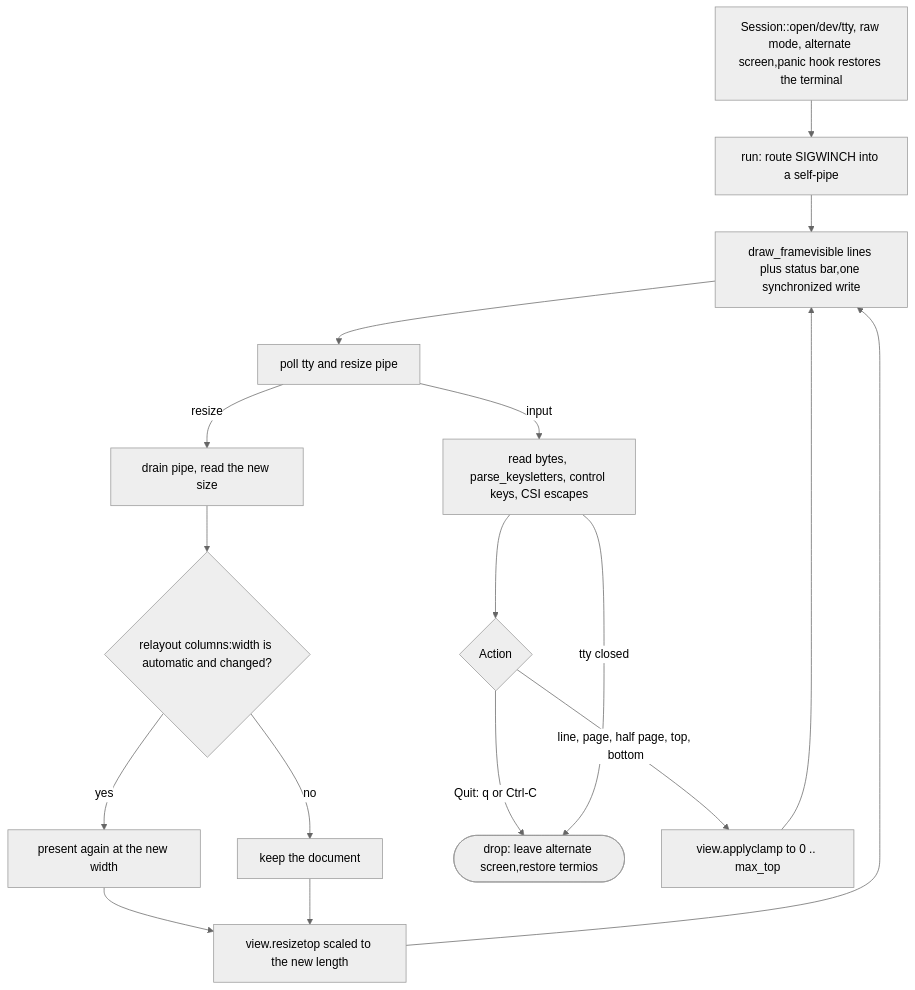
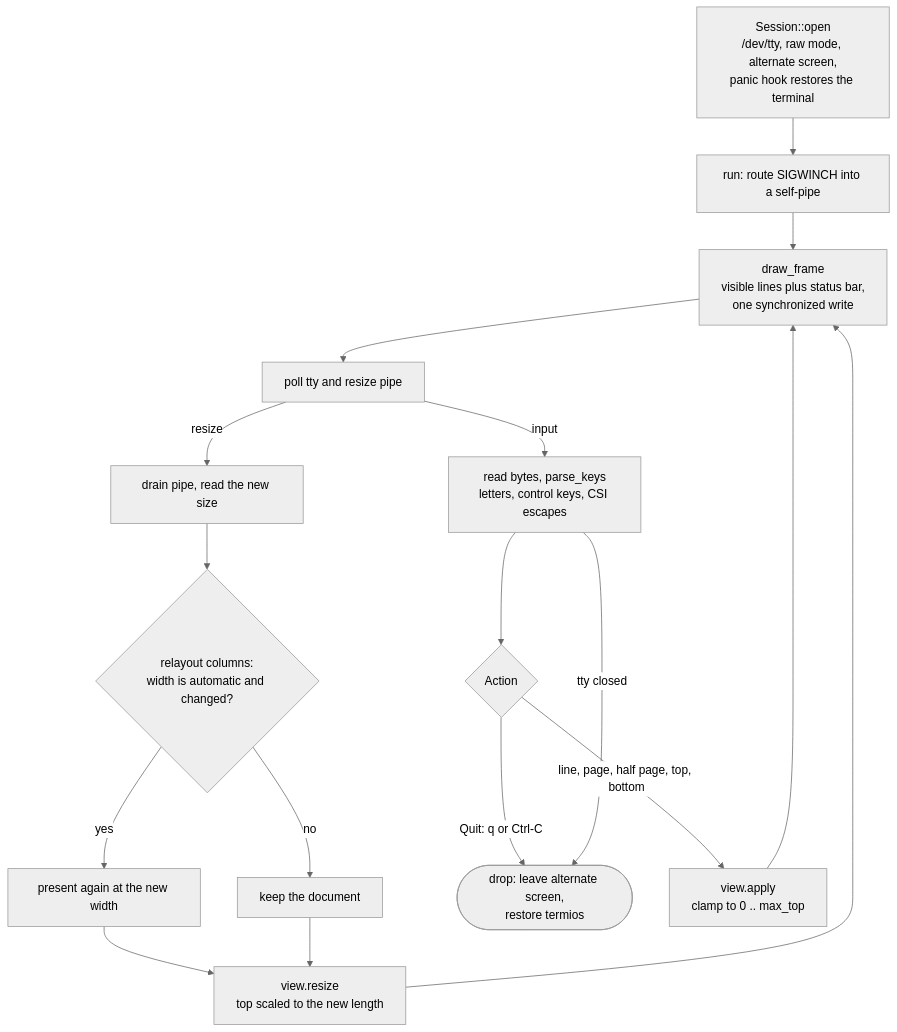
The sixth of 8 diagrams in docs/muLogicMaps.md (machinageist/mu), drawn with Mermaid (neutral theme) before and after one commit. The commit also changed other lines of this file and 2 other files, not shown here.

````diff
--- a/docs/muLogicMaps.md
+++ b/docs/muLogicMaps.md
@@ -205,20 +212,19 @@
 ```mermaid
 flowchart TD
-  O["Session::open/dev/tty, raw mode, alternate screen,panic hook restores the terminal"] --> R["run: route SIGWINCH into a self-pipe"]
-  R --> D["draw_framevisible lines plus status bar,one synchronized write"]
+  O["Session::open<br/>/dev/tty, raw mode, alternate screen,<br/>panic hook restores the terminal"] --> R["run: route SIGWINCH into a self-pipe"]
+  R --> D["draw_frame<br/>visible lines plus status bar,<br/>one synchronized write"]
   D --> W["poll tty and resize pipe"]
   W -->|"resize"| RS["drain pipe, read the new size"]
-  RS --> RL{"relayout columns:width is automatic and changed?"}
+  RS --> RL{"relayout columns:<br/>width is automatic and changed?"}
   RL -->|"yes"| RR["present again at the new width"]
   RL -->|"no"| KEEP["keep the document"]
-  RR --> VR["view.resizetop scaled to the new length"]
+  RR --> VR["view.resize<br/>top scaled to the new length"]
   KEEP --> VR
   VR --> D
-  W -->|"input"| KEY["read bytes, parse_keysletters, control keys, CSI escapes"]
+  W -->|"input"| KEY["read bytes, parse_keys<br/>letters, control keys, CSI escapes"]
   KEY --> A{"Action"}
-  A -->|"Quit: q or Ctrl-C"| Q(["drop: leave alternate screen,restore termios"])
-  A -->|"line, page, half page, top, bottom"| CL["view.applyclamp to 0 .. max_top"]
+  A -->|"Quit: q or Ctrl-C"| Q(["drop: leave alternate screen,<br/>restore termios"])
+  A -->|"line, page, half page, top, bottom"| CL["view.apply<br/>clamp to 0 .. max_top"]
   CL --> D
   KEY -->|"tty closed"| Q
-    
 ```
````
